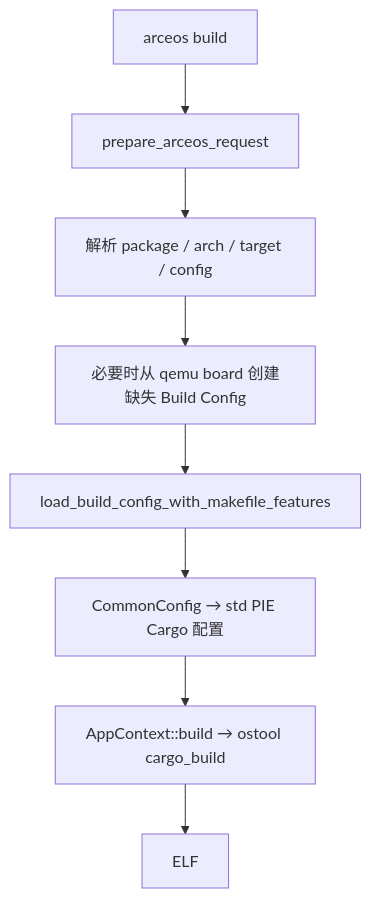
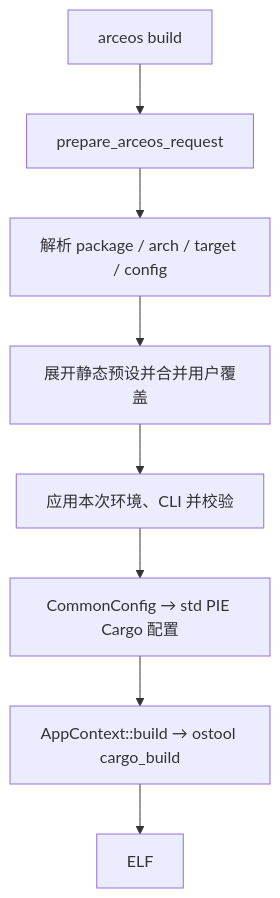
Before and after one commit to rcore-os/tgoskits: the diagram in docs/docs/build/arceos/build.md, drawn with Mermaid. The commit also changed other lines of this file and 17 other files, not shown here.

````diff
--- a/docs/docs/build/arceos/build.md
+++ b/docs/docs/build/arceos/build.md
@@ -14,10 +14,10 @@
 ```mermaid
 flowchart TD
     A["arceos build"] --> B["prepare_arceos_request"]
     B --> C["解析 package / arch / target / config"]
-    C --> D["必要时从 qemu board 创建缺失 Build Config"]
-    D --> E["load_build_config_with_makefile_features"]
+    C --> D["展开静态预设并合并用户覆盖"]
+    D --> E["应用本次环境、CLI 并校验"]
     E --> F["CommonConfig → std PIE Cargo 配置"]
     F --> G["AppContext::build → ostool cargo_build"]
     G --> H["ELF"]
 ```
````
